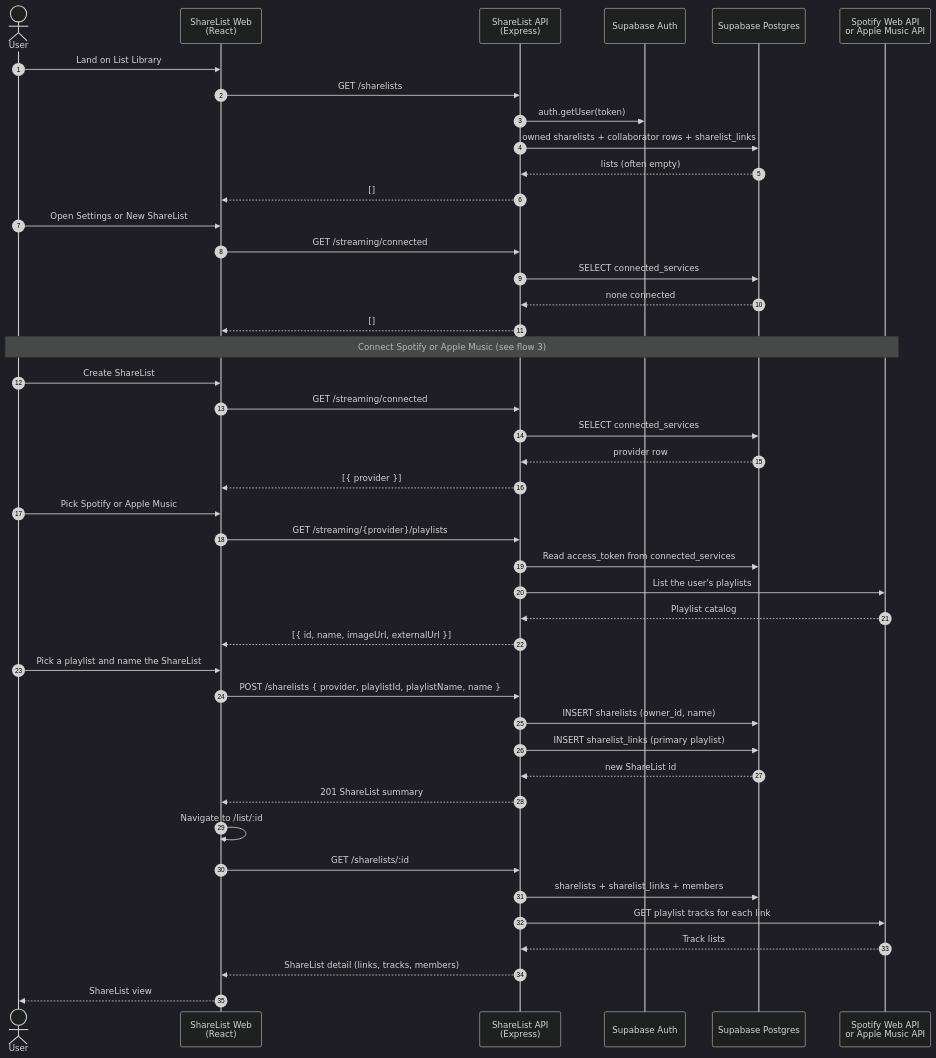
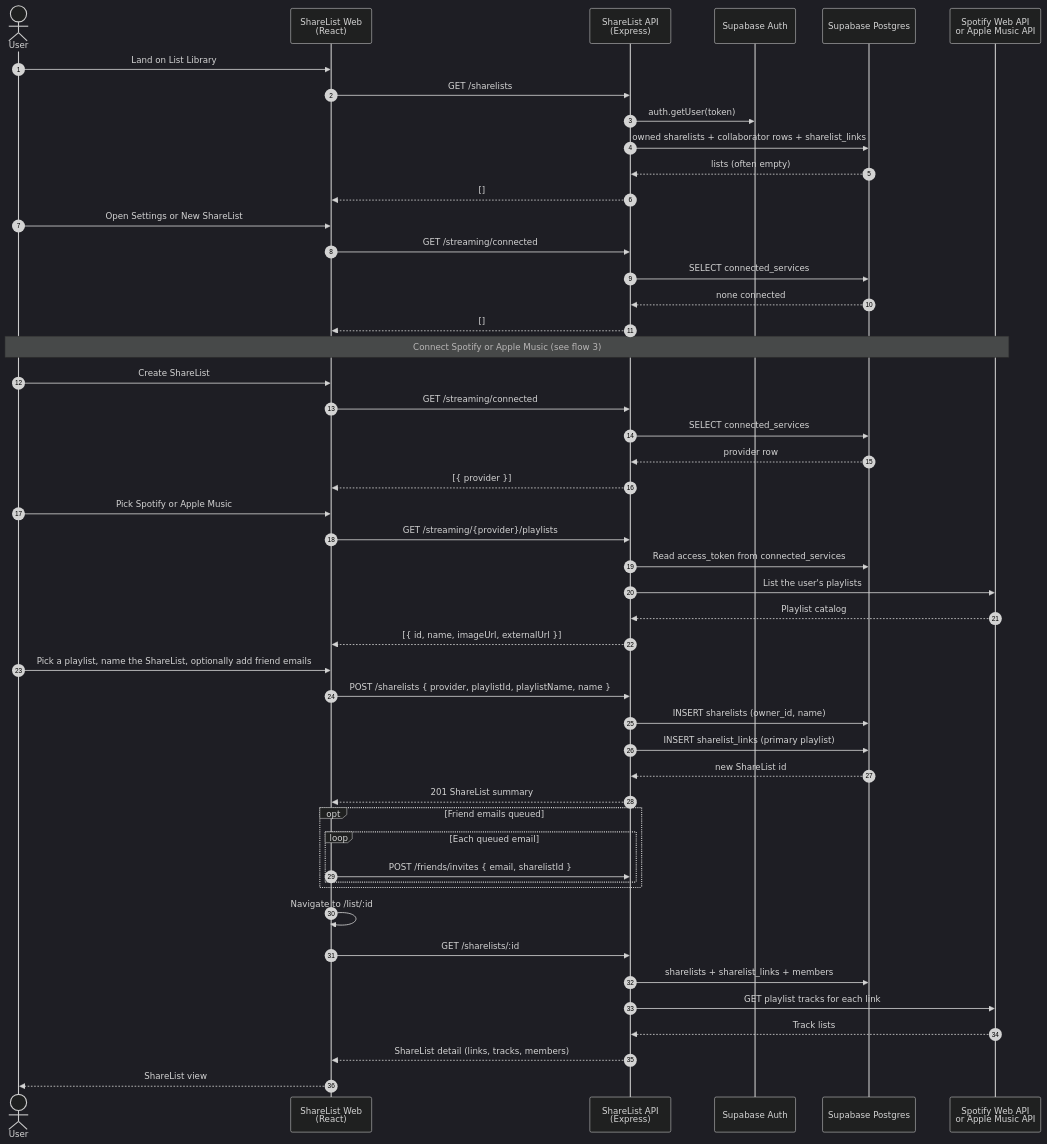
Before and after one commit to LBC-Innovation/ShareList: the second of 6 diagrams in README.md, drawn with Mermaid (dark theme). The commit also changed 3 other files, not shown here.

First line of the commit message:
Invite friends while creating a ShareList

````diff
--- a/README.md
+++ b/README.md
@@ -154,52 +154,57 @@
 ```mermaid
 sequenceDiagram
     autonumber
     actor User
     participant Web as ShareList Web<br/>(React)
     participant API as ShareList API<br/>(Express)
     participant Auth as Supabase Auth
     participant DB as Supabase Postgres
     participant Platform as Spotify Web API<br/>or Apple Music API
 
     User->>Web: Land on List Library
     Web->>API: GET /sharelists
     API->>Auth: auth.getUser(token)
     API->>DB: owned sharelists + collaborator rows + sharelist_links
     DB-->>API: lists (often empty)
     API-->>Web: []
 
     User->>Web: Open Settings or New ShareList
     Web->>API: GET /streaming/connected
     API->>DB: SELECT connected_services
     DB-->>API: none connected
     API-->>Web: []
 
     Note over User,Platform: Connect Spotify or Apple Music (see flow 3)
     User->>Web: Create ShareList
     Web->>API: GET /streaming/connected
     API->>DB: SELECT connected_services
     DB-->>API: provider row
     API-->>Web: [{ provider }]
 
     User->>Web: Pick Spotify or Apple Music
     Web->>API: GET /streaming/{provider}/playlists
     API->>DB: Read access_token from connected_services
     API->>Platform: List the user's playlists
     Platform-->>API: Playlist catalog
     API-->>Web: [{ id, name, imageUrl, externalUrl }]
 
-    User->>Web: Pick a playlist and name the ShareList
+    User->>Web: Pick a playlist, name the ShareList, optionally add friend emails
     Web->>API: POST /sharelists { provider, playlistId, playlistName, name }
     API->>DB: INSERT sharelists (owner_id, name)
     API->>DB: INSERT sharelist_links (primary playlist)
     DB-->>API: new ShareList id
     API-->>Web: 201 ShareList summary
+    opt Friend emails queued
+        loop Each queued email
+            Web->>API: POST /friends/invites { email, sharelistId }
+        end
+    end
     Web->>Web: Navigate to /list/:id
 
     Web->>API: GET /sharelists/:id
     API->>DB: sharelists + sharelist_links + members
     API->>Platform: GET playlist tracks for each link
     Platform-->>API: Track lists
     API-->>Web: ShareList detail (links, tracks, members)
     Web-->>User: ShareList view
 ```
````
